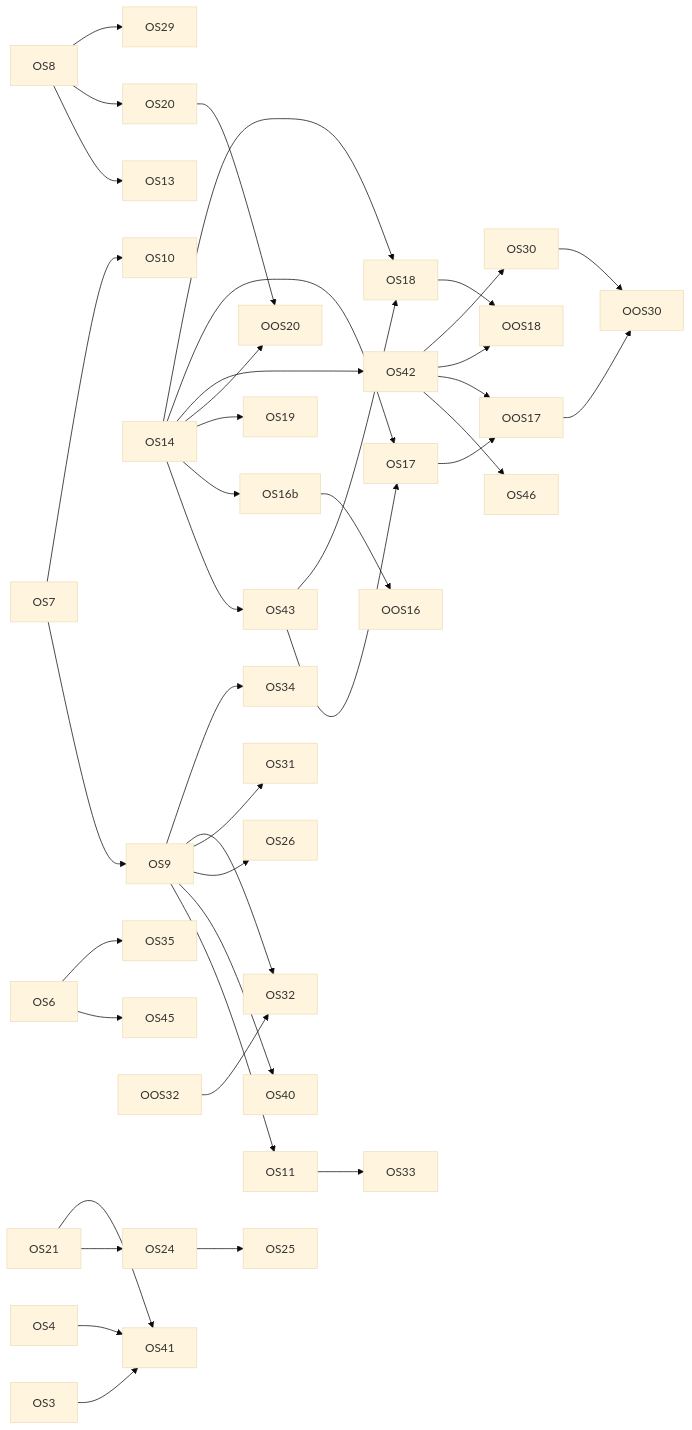
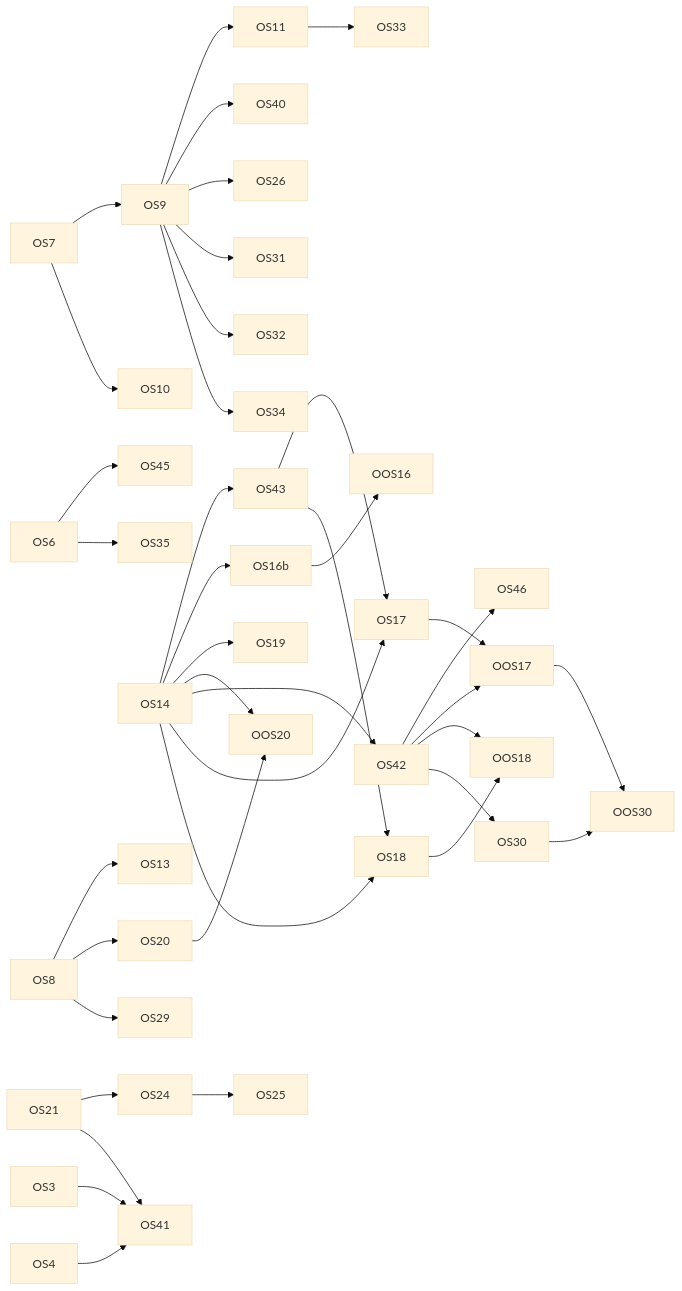
Before and after one commit to diy-accounting-uk/submit.diyaccounting.co.uk: the diagram in PLAN_ORGANIC_SEARCH.md, drawn with Mermaid (base theme). The commit also changed other lines of this file, not shown here.

````diff
--- a/PLAN_ORGANIC_SEARCH.md
+++ b/PLAN_ORGANIC_SEARCH.md
@@ -890,42 +890,41 @@
 ```mermaid
 flowchart LR
   OS6 --> OS45
   OS7 --> OS9
   OS7 --> OS10
   OS9 --> OS11
   OS9 --> OS40
   OS8 --> OS13
   OS14 --> OS43
   OS14 --> OS16b
   OS16b --> OOS16
   OS14 --> OS19
   OS8 --> OS20
   OS14 --> OOS20
   OS20 --> OOS20
   OS14 --> OS42
   OS42 --> OS46
   OS14 --> OS17
   OS43 --> OS17
   OS17 --> OOS17
   OS42 --> OOS17
   OS14 --> OS18
   OS43 --> OS18
   OS18 --> OOS18
   OS42 --> OOS18
   OS21 --> OS24
   OS24 --> OS25
   OS9 --> OS26
   OS8 --> OS29
   OS42 --> OS30
   OS30 --> OOS30
   OOS17 --> OOS30
   OS9 --> OS31
   OS9 --> OS32
-  OOS32 --> OS32
   OS11 --> OS33
   OS9 --> OS34
   OS6 --> OS35
   OS3 --> OS41
   OS4 --> OS41
   OS21 --> OS41
 ```
````
